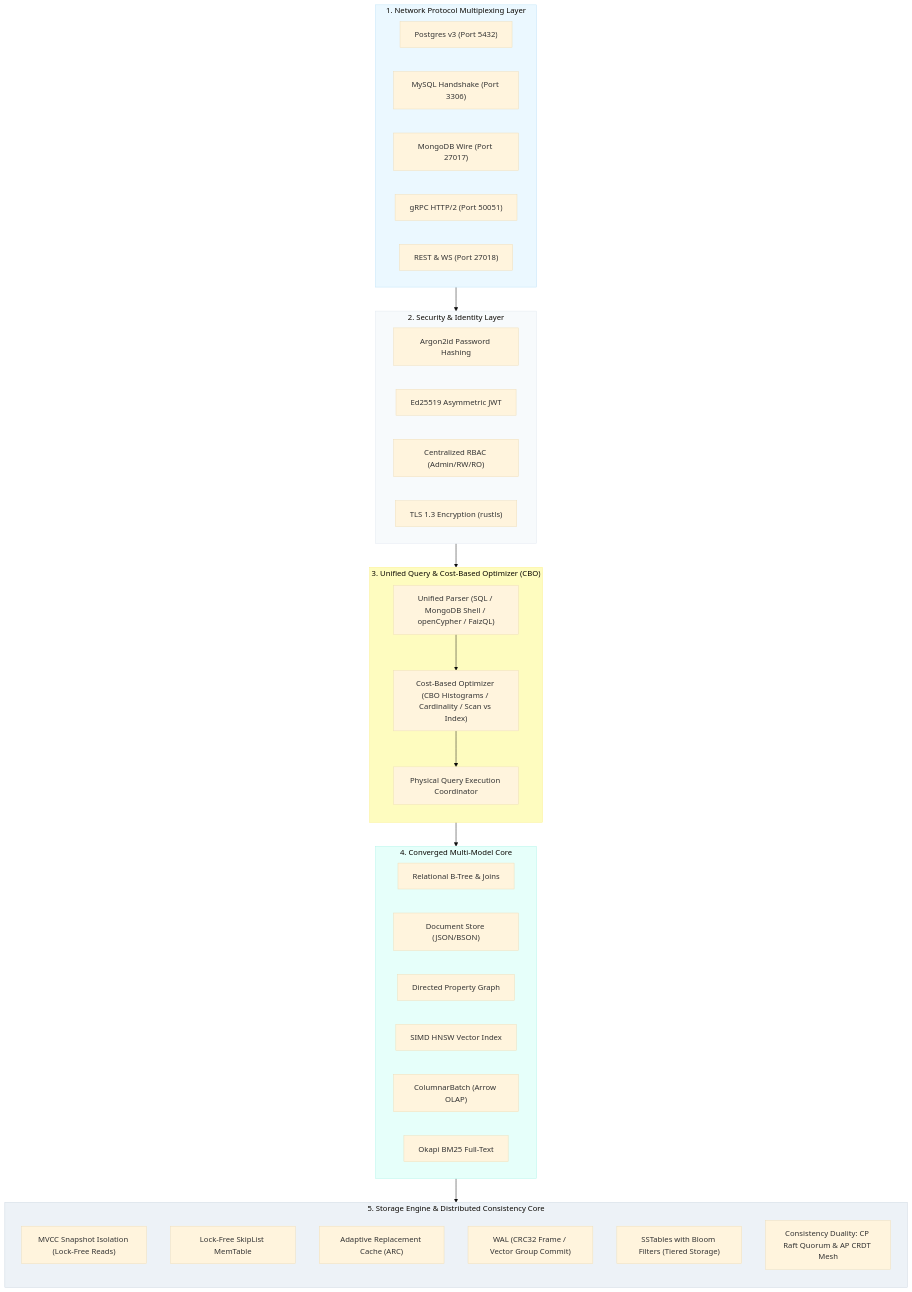
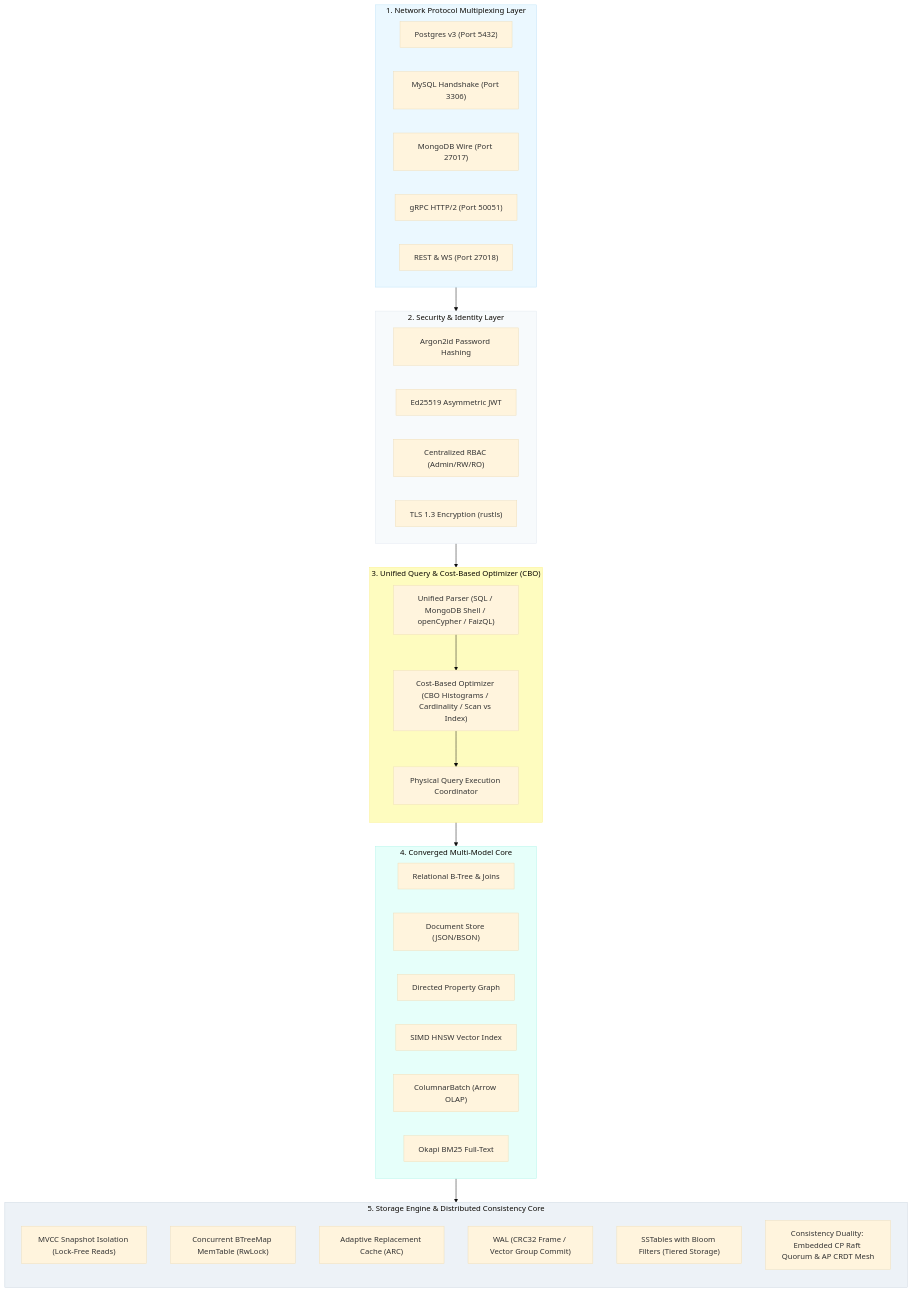
The second of 8 diagrams in docs/FAIZDB_ARCHITECTURE_WHITEPAPER.md (ictdothouse/faizdb), drawn with Mermaid (base theme) before and after one commit. The commit also changed other lines of this file and 9 other files, not shown here.

````diff
--- a/docs/FAIZDB_ARCHITECTURE_WHITEPAPER.md
+++ b/docs/FAIZDB_ARCHITECTURE_WHITEPAPER.md
@@ -88,58 +88,58 @@
 ```mermaid
 flowchart TB
     subgraph Layer1["1. Network Protocol Multiplexing Layer"]
         direction LR
         PortPG["Postgres v3 (Port 5432)"]
         PortMY["MySQL Handshake (Port 3306)"]
         PortMG["MongoDB Wire (Port 27017)"]
         PortGRPC["gRPC HTTP/2 (Port 50051)"]
         PortREST["REST & WS (Port 27018)"]
     end
 
     subgraph Layer2["2. Security & Identity Layer"]
         direction LR
         SecArgon["Argon2id Password Hashing"]
         SecJWT["Ed25519 Asymmetric JWT"]
         SecRBAC["Centralized RBAC (Admin/RW/RO)"]
         SecTLS["TLS 1.3 Encryption (rustls)"]
     end
 
     subgraph Layer3["3. Unified Query & Cost-Based Optimizer (CBO)"]
         direction TB
         UnifiedParser["Unified Parser (SQL / MongoDB Shell / openCypher / FaizQL)"]
         OptimizerCBO["Cost-Based Optimizer (CBO Histograms / Cardinality / Scan vs Index)"]
         ExecEngine["Physical Query Execution Coordinator"]
         UnifiedParser --> OptimizerCBO --> ExecEngine
     end
 
     subgraph Layer4["4. Converged Multi-Model Core"]
         direction LR
         ModRel["Relational B-Tree & Joins"]
         ModDoc["Document Store (JSON/BSON)"]
         ModGraph["Directed Property Graph"]
         ModVec["SIMD HNSW Vector Index"]
         ModCol["ColumnarBatch (Arrow OLAP)"]
         ModFTS["Okapi BM25 Full-Text"]
     end
 
     subgraph Layer5["5. Storage Engine & Distributed Consistency Core"]
         direction TB
         StorageMVCC["MVCC Snapshot Isolation (Lock-Free Reads)"]
-        StorageMemTable["Lock-Free SkipList MemTable"]
+        StorageMemTable["Concurrent BTreeMap MemTable (RwLock)"]
         StorageARC["Adaptive Replacement Cache (ARC)"]
         StorageWAL["WAL (CRC32 Frame / Vector Group Commit)"]
         StorageSST["SSTables with Bloom Filters (Tiered Storage)"]
-        ConsistencyMesh["Consistency Duality: CP Raft Quorum & AP CRDT Mesh"]
+        ConsistencyMesh["Consistency Duality: Embedded CP Raft Quorum & AP CRDT Mesh"]
     end
 
     Layer1 --> Layer2
     Layer2 --> Layer3
     Layer3 --> Layer4
     Layer4 --> Layer5
 
     style Layer1 fill:#ebf8ff,stroke:#bee3f8,stroke-width:1px;
     style Layer2 fill:#f7fafc,stroke:#e2e8f0,stroke-width:1px;
     style Layer3 fill:#fefcbf,stroke:#faf089,stroke-width:1px;
     style Layer4 fill:#e6fffa,stroke:#b2f5ea,stroke-width:1px;
     style Layer5 fill:#edf2f7,stroke:#cbd5e0,stroke-width:1px;
 ```
````
